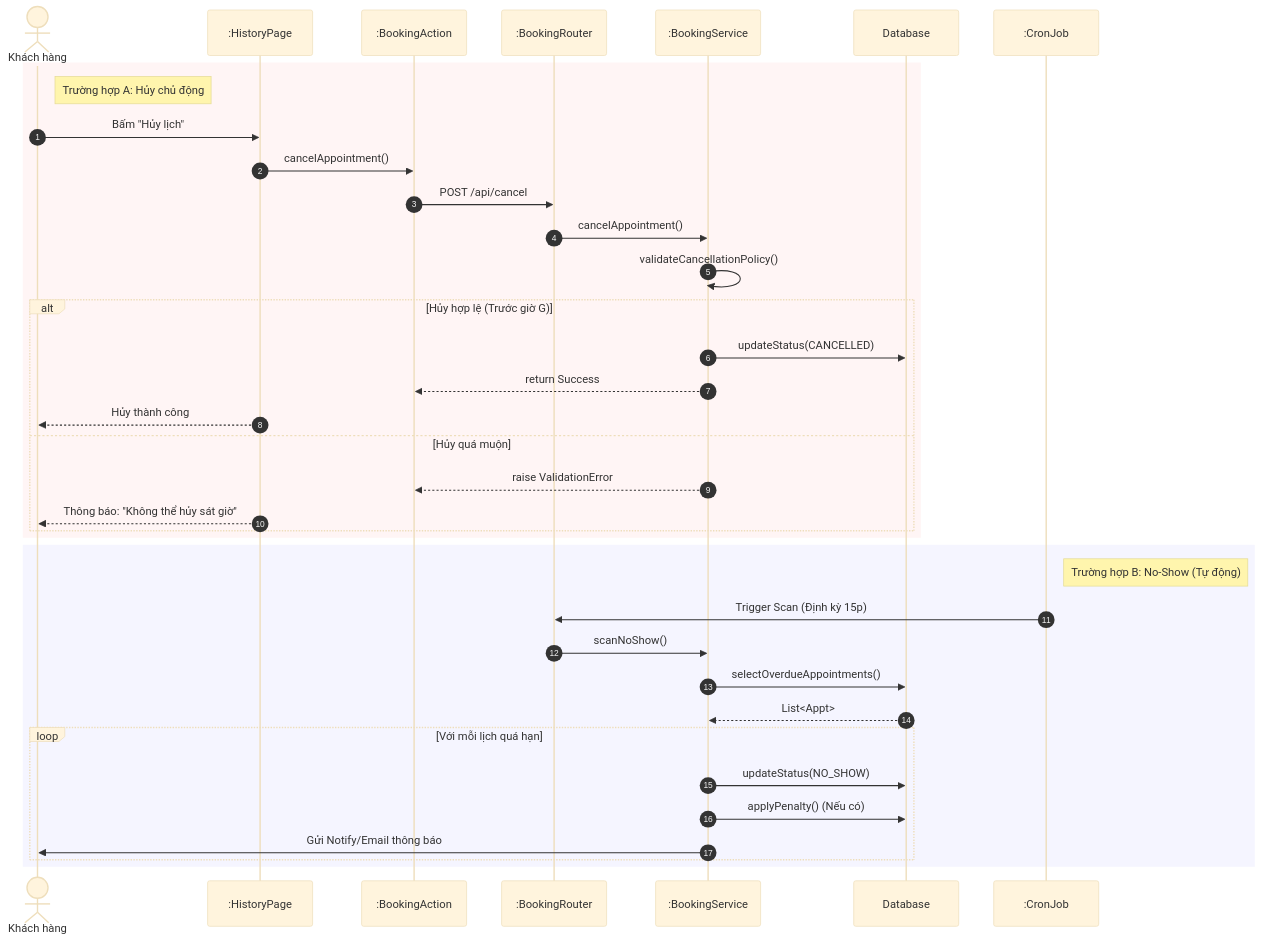
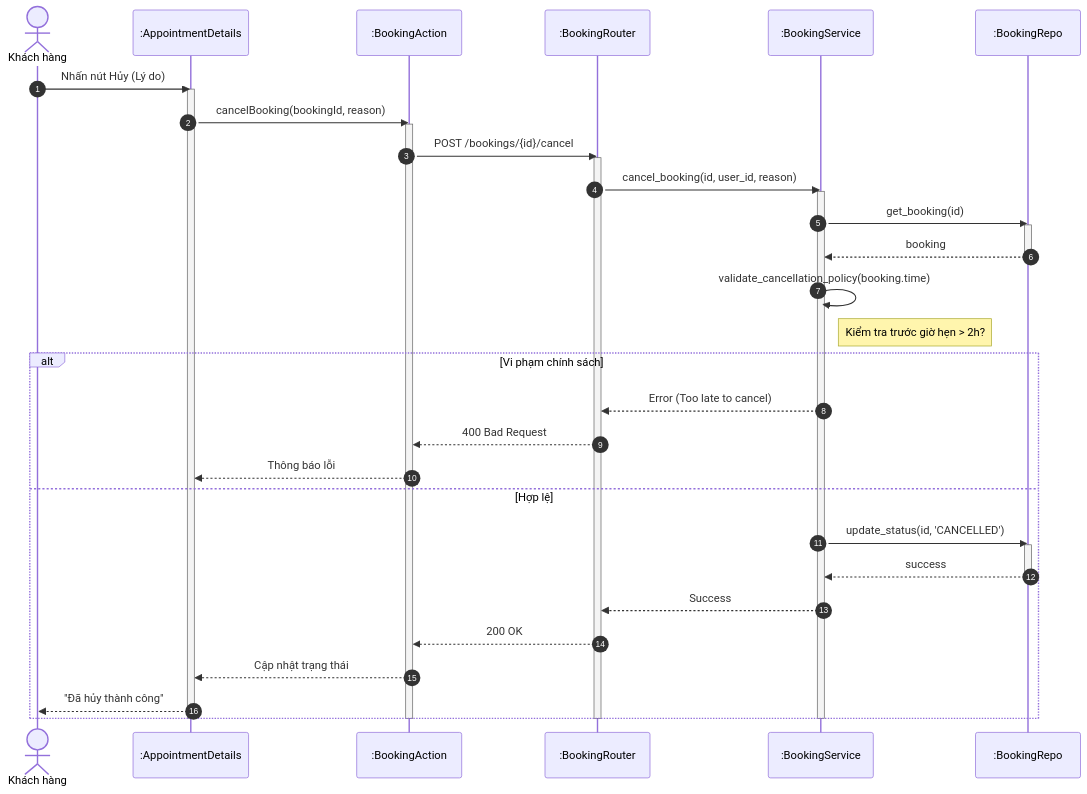
One commit to ngoctinn/Synapse changed the tenth of 19 diagrams in docs/design/sequence_diagrams.md. Above: the diagram before and after it, drawn with Mermaid. The commit also changed other lines of this file and 1 other file, not shown here.

Commit message:
docs: Add sequence diagrams detailing authentication and customer booking flows.

````diff
--- a/docs/design/sequence_diagrams.md
+++ b/docs/design/sequence_diagrams.md
@@ -115,44 +420,46 @@
 ```mermaid
-%%{init: {'theme': 'base', 'themeVariables': { 'fontFamily': 'Times New Roman'}}}%%
 sequenceDiagram
     autonumber
-    actor User as Khách hàng
-    participant View as :HistoryPage
-    participant Action as :BookingAction
-    participant Router as :BookingRouter
-    participant Service as :BookingService
-    participant DB as Database
-    participant Job as :CronJob
+    actor KH as Khách hàng
+    participant UI as :AppointmentDetails
+    participant BFF as :BookingAction
+    participant API as :BookingRouter
+    participant S as :BookingService
+    participant DB as :BookingRepo
 
-    rect rgb(255, 245, 245)
-        Note right of User: Trường hợp A: Hủy chủ động
-        User->>View: Bấm "Hủy lịch"
-        View->>Action: cancelAppointment()
-        Action->>Router: POST /api/cancel
-        Router->>Service: cancelAppointment()
-        Service->>Service: validateCancellationPolicy()
+    KH->>UI: Nhấn nút Hủy (Lý do)
+    activate UI
+    UI->>BFF: cancelBooking(bookingId, reason)
+    activate BFF
+    BFF->>API: POST /bookings/{id}/cancel
+    activate API
+    API->>S: cancel_booking(id, user_id, reason)
+    activate S
 
-        alt Hủy hợp lệ (Trước giờ G)
-            Service->>DB: updateStatus(CANCELLED)
-            Service-->>Action: return Success
-            View-->>User: Hủy thành công
-        else Hủy quá muộn
-            Service-->>Action: raise ValidationError
-            View-->>User: Thông báo: "Không thể hủy sát giờ"
-        end
+    S->>DB: get_booking(id)
+    activate DB
+    DB-->>S: booking
+    deactivate DB
+
+    S->>S: validate_cancellation_policy(booking.time)
+    note right of S: Kiểm tra trước giờ hẹn > 2h?
+
+    alt Vi phạm chính sách
+        S-->>API: Error (Too late to cancel)
+        API-->>BFF: 400 Bad Request
+        BFF-->>UI: Thông báo lỗi
+    else Hợp lệ
+        S->>DB: update_status(id, 'CANCELLED')
+        activate DB
+        DB-->>S: success
+        deactivate DB
+        S-->>API: Success
+        API-->>BFF: 200 OK
+        BFF-->>UI: Cập nhật trạng thái
+        UI-->>KH: "Đã hủy thành công"
     end
-
-    rect rgb(245, 245, 255)
-        Note right of Job: Trường hợp B: No-Show (Tự động)
-        Job->>Router: Trigger Scan (Định kỳ 15p)
-        Router->>Service: scanNoShow()
-        Service->>DB: selectOverdueAppointments()
-        DB-->>Service: List<Appt>
-
-        loop Với mỗi lịch quá hạn
-            Service->>DB: updateStatus(NO_SHOW)
-            Service->>DB: applyPenalty() (Nếu có)
-            Service->>User: Gửi Notify/Email thông báo
-        end
-    end
+    deactivate S
+    deactivate API
+    deactivate BFF
+    deactivate UI
 ```
````
